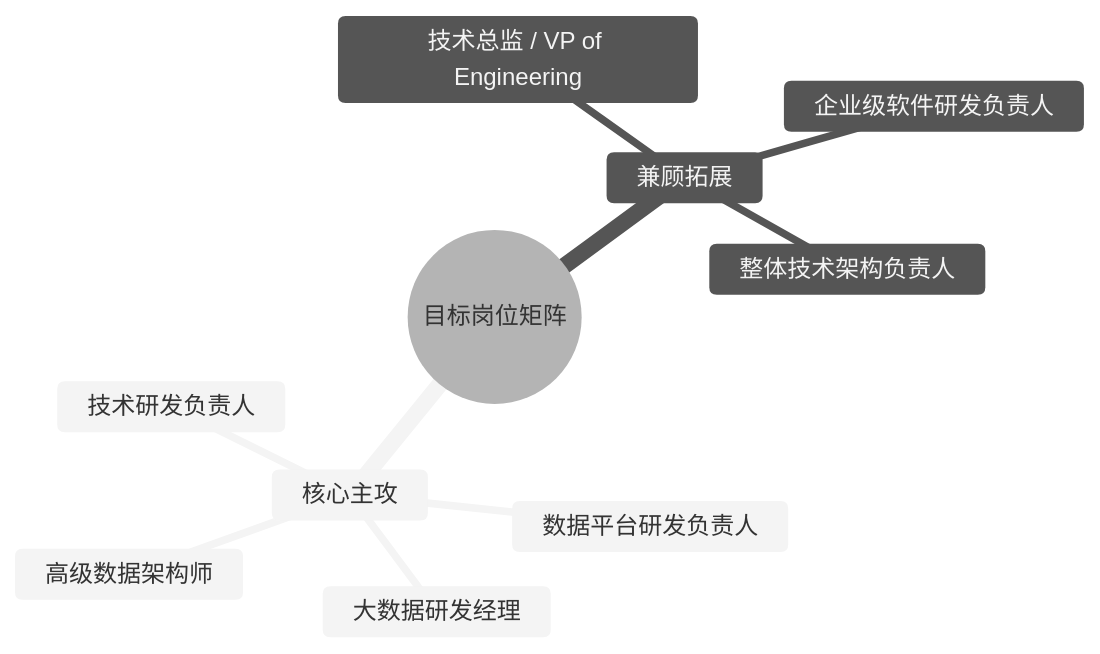
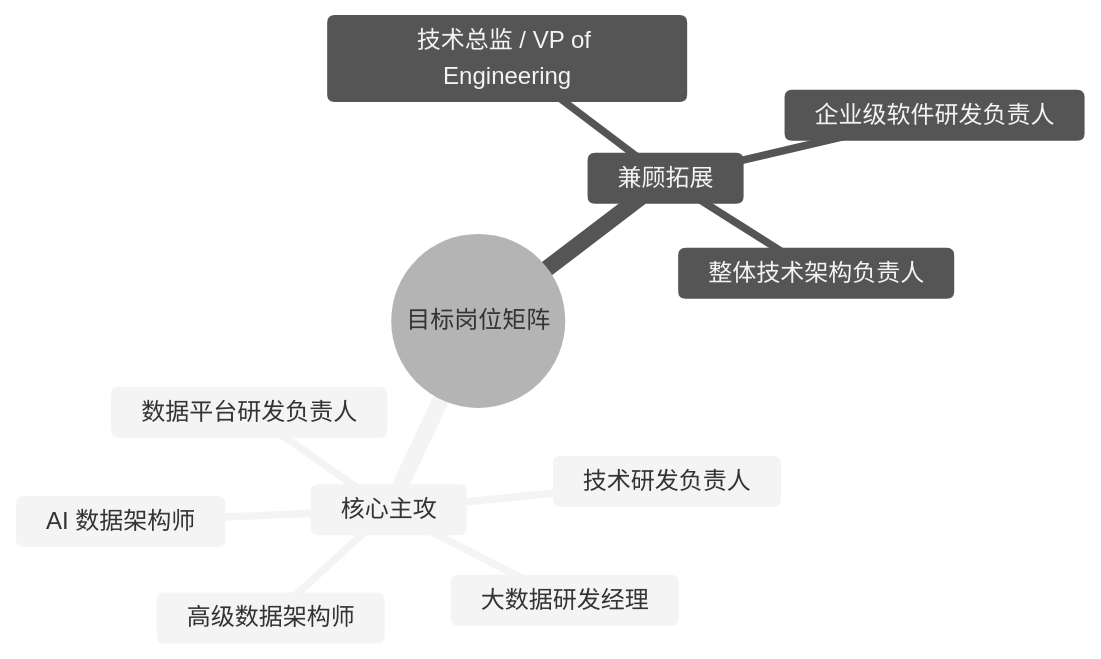
Before and after one commit to tieke1121/tech-interview-knowledge-base: the diagram in README.md, drawn with Mermaid (neutral theme). The commit also changed other lines of this file and 16 other files, not shown here.

````diff
--- a/README.md
+++ b/README.md
@@ -24,13 +24,14 @@
 ```mermaid
 mindmap
   root((目标岗位矩阵))
     核心主攻
       数据平台研发负责人
       大数据研发经理
       高级数据架构师
+      AI 数据架构师
       技术研发负责人
     兼顾拓展
       技术总监 / VP of Engineering
       企业级软件研发负责人
       整体技术架构负责人
 ```
````
